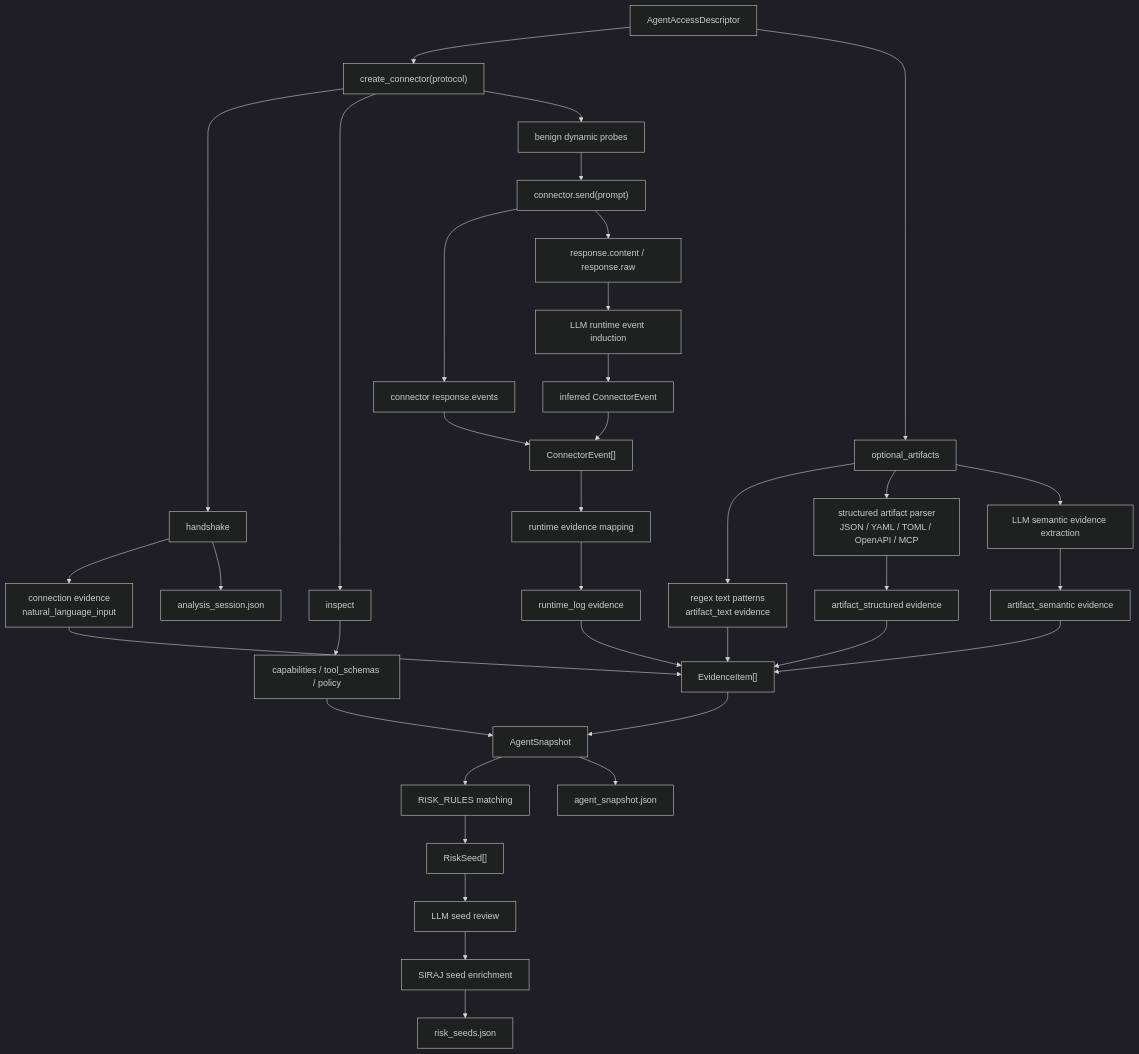
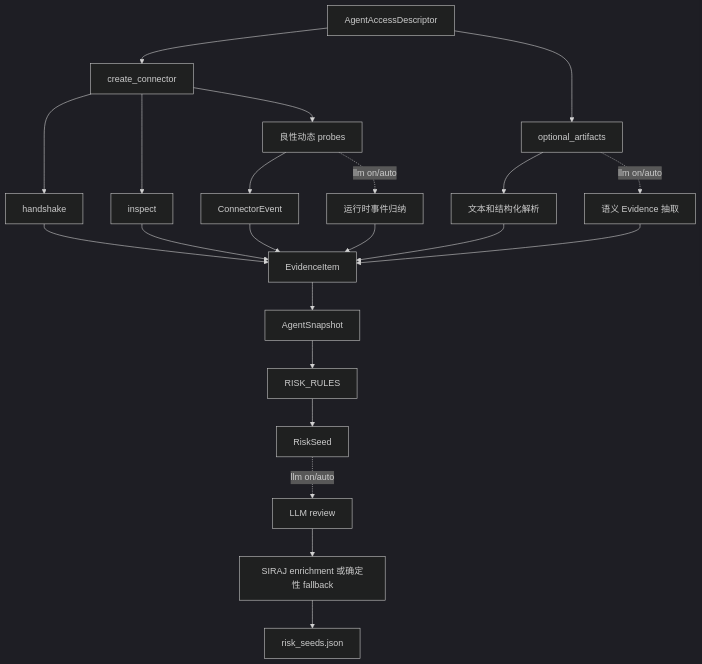
The diagram in doc/TOOL1_README.md (ThreeWater1037/AgentEVAL-Risk-Tools), drawn with Mermaid (dark theme) before and after one commit. The commit also changed other lines of this file and 26 other files, not shown here.

````diff
--- a/doc/TOOL1_README.md
+++ b/doc/TOOL1_README.md
@@ -29,41 +31,24 @@
 ```mermaid
 flowchart TD
-    A["AgentAccessDescriptor"] --> B["create_connector(protocol)"]
-    B --> C["handshake"]
-    C --> D["connection evidence<br/>natural_language_input"]
-    B --> E["inspect"]
-    E --> F["capabilities / tool_schemas / policy"]
-
-    A --> G["optional_artifacts"]
-    G --> H["regex text patterns<br/>artifact_text evidence"]
-    G --> I["structured artifact parser<br/>JSON / YAML / TOML / OpenAPI / MCP"]
-    I --> J["artifact_structured evidence"]
-    G --> K["LLM semantic evidence extraction"]
-    K --> L["artifact_semantic evidence"]
-
-    B --> M["benign dynamic probes"]
-    M --> N["connector.send(prompt)"]
-    N --> O["connector response.events"]
-    N --> P["response.content / response.raw"]
-    P --> Q["LLM runtime event induction"]
-    Q --> R["inferred ConnectorEvent"]
-    O --> S["ConnectorEvent[]"]
-    R --> S
-    S --> T["runtime evidence mapping"]
-    T --> U["runtime_log evidence"]
-
-    D --> V["EvidenceItem[]"]
-    H --> V
-    J --> V
-    L --> V
-    U --> V
-    F --> W["AgentSnapshot"]
-    V --> W
-    W --> X["RISK_RULES matching"]
-    X --> Y["RiskSeed[]"]
-    Y --> Z["LLM seed review"]
-    Z --> AA["SIRAJ seed enrichment"]
-    AA --> AB["risk_seeds.json"]
-    W --> AC["agent_snapshot.json"]
-    C --> AD["analysis_session.json"]
+    A[AgentAccessDescriptor] --> B[create_connector]
+    B --> C[handshake]
+    B --> D[inspect]
+    A --> E[optional_artifacts]
+    E --> F[文本和结构化解析]
+    E -. llm on/auto .-> G[语义 Evidence 抽取]
+    B --> H[良性动态 probes]
+    H --> I[ConnectorEvent]
+    H -. llm on/auto .-> J[运行时事件归纳]
+    C --> K[EvidenceItem]
+    D --> K
+    F --> K
+    G --> K
+    I --> K
+    J --> K
+    K --> L[AgentSnapshot]
+    L --> M[RISK_RULES]
+    M --> N[RiskSeed]
+    N -. llm on/auto .-> O[LLM review]
+    O --> P[SIRAJ enrichment 或确定性 fallback]
+    P --> Q[risk_seeds.json]
 ```
````
